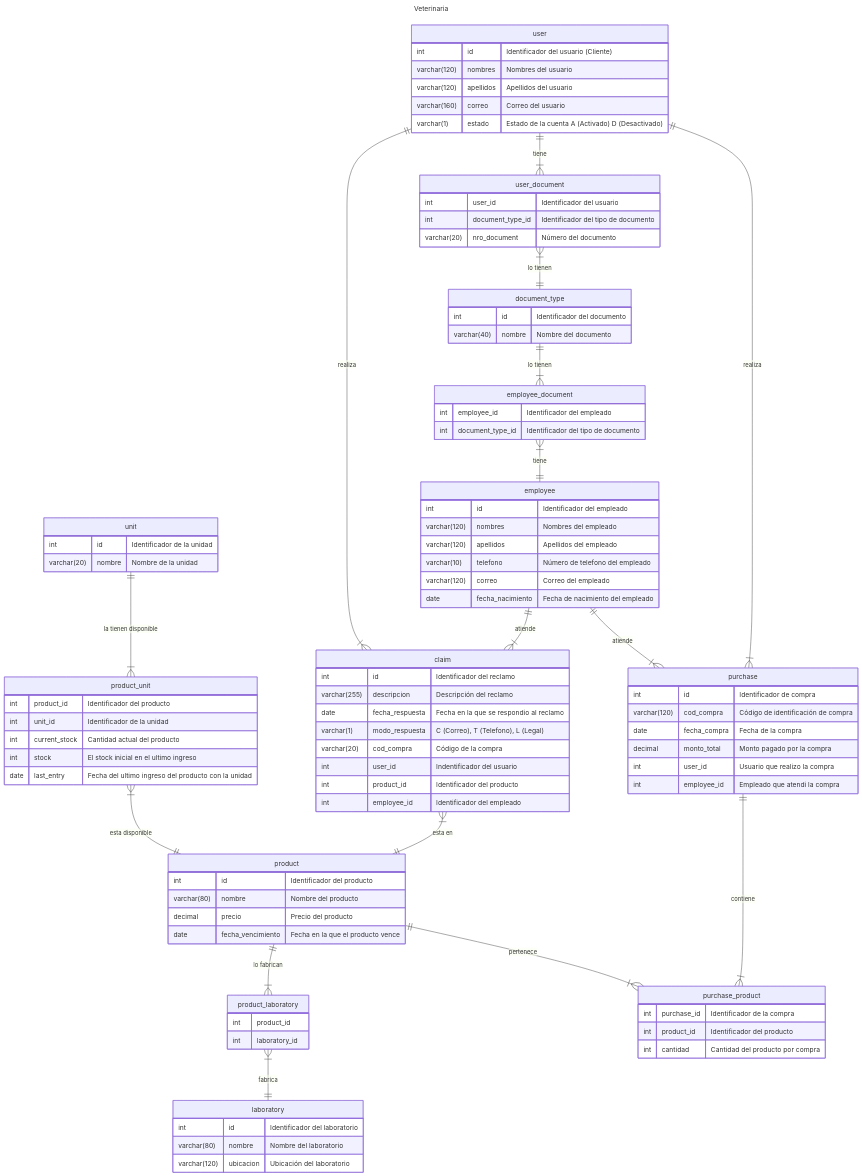
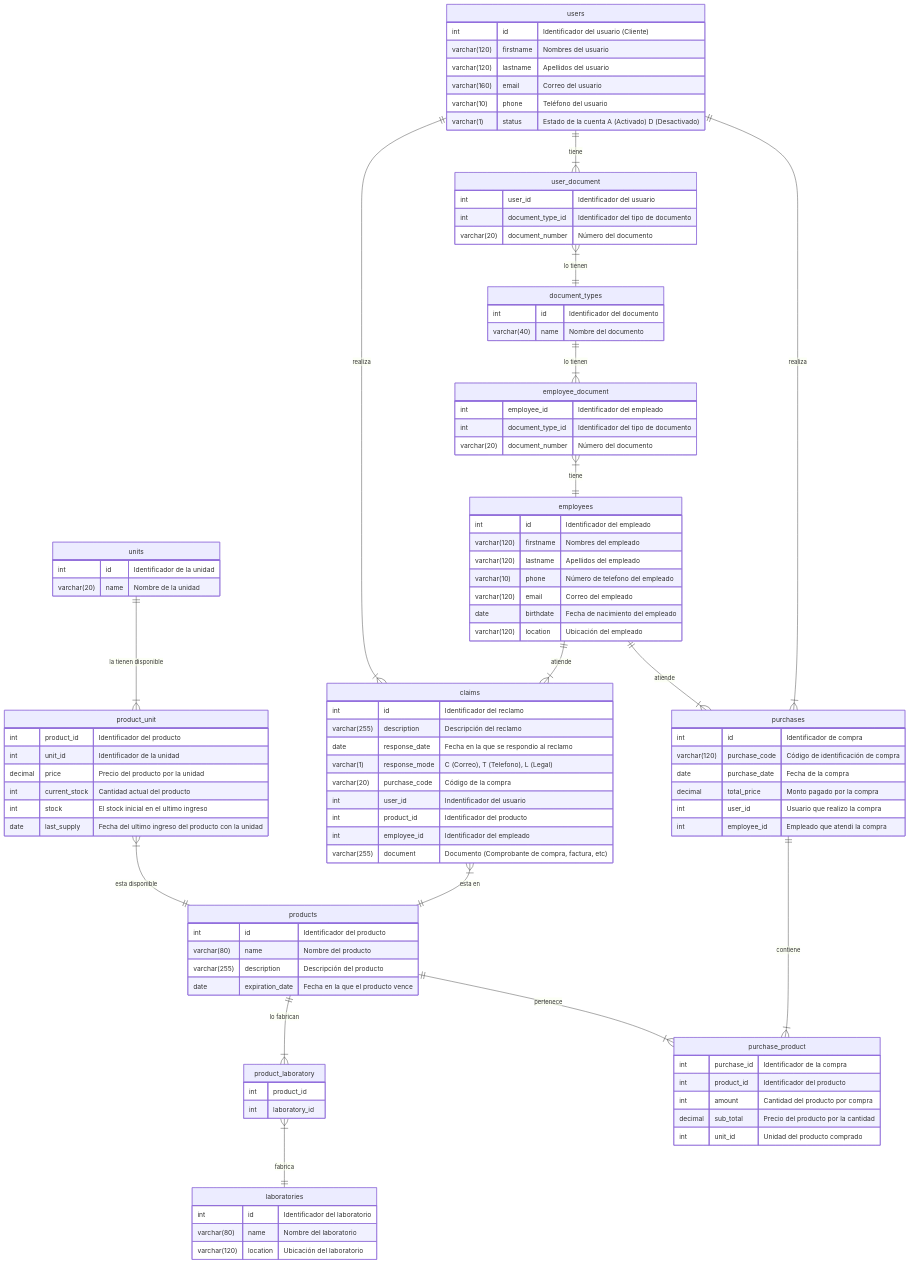
One commit to ivanbarboz/veterinaria changed the diagram in README.md. Above: the diagram before and after it, drawn with Mermaid.

Commit message:
docs: Actualización de README

````diff
--- a/README.md
+++ b/README.md
@@ -45,32 +45,30 @@
 ```mermaid
----
-title: Veterinaria
----
 erDiagram
-    unit {
+    units {
         int id "Identificador de la unidad"
-        varchar(20) nombre "Nombre de la unidad"
+        varchar(20) name "Nombre de la unidad"
     }
 
-    product {
+    products {
         int id "Identificador del producto"
-        varchar(80) nombre "Nombre del producto"
-        decimal precio "Precio del producto"
-        date fecha_vencimiento "Fecha en la que el producto vence"
+        varchar(80) name "Nombre del producto"
+        varchar(255) description "Descripción del producto"
+        date expiration_date "Fecha en la que el producto vence"
     }
 
     product_unit {
         int product_id "Identificador del producto"
         int unit_id "Identificador de la unidad"
+        decimal price "Precio del producto por la unidad"
         int current_stock "Cantidad actual del producto"
         int stock "El stock inicial en el ultimo ingreso"
-        date last_entry "Fecha del ultimo ingreso del producto con la unidad"
+        date last_supply "Fecha del ultimo ingreso del producto con la unidad"
     }
 
-    laboratory {
+    laboratories {
         int id "Identificador del laboratorio"
-        varchar(80) nombre "Nombre del laboratorio"
-        varchar(120) ubicacion "Ubicación del laboratorio"
+        varchar(80) name "Nombre del laboratorio"
+        varchar(120) location "Ubicación del laboratorio"
     }
 
     product_laboratory {
@@ -78,44 +76,47 @@
         int laboratory_id
     }
 
-    document_type {
+    document_types {
         int id "Identificador del documento"
-        varchar(40) nombre "Nombre del documento"
+        varchar(40) name "Nombre del documento"
     }
 
     user_document {
         int user_id "Identificador del usuario"
         int document_type_id "Identificador del tipo de documento"
-        varchar(20) nro_document "Número del documento"
+        varchar(20) document_number "Número del documento"
     }
 
-    user {
+    users {
         int id "Identificador del usuario (Cliente)"
-        varchar(120) nombres "Nombres del usuario"
-        varchar(120) apellidos "Apellidos del usuario"
-        varchar(160) correo "Correo del usuario"
-        varchar(1) estado "Estado de la cuenta A (Activado) D (Desactivado)"
+        varchar(120) firstname "Nombres del usuario"
+        varchar(120) lastname "Apellidos del usuario"
+        varchar(160) email "Correo del usuario"
+        varchar(10) phone "Teléfono del usuario"
+        varchar(1) status "Estado de la cuenta A (Activado) D (Desactivado)"
     }
 
-    employee {
+    employees {
         int id "Identificador del empleado"
-        varchar(120) nombres "Nombres del empleado"
-        varchar(120) apellidos "Apellidos del empleado"
-        varchar(10) telefono "Número de telefono del empleado"
-        varchar(120) correo "Correo del empleado"
-        date fecha_nacimiento "Fecha de nacimiento del empleado" 
+        varchar(120) firstname "Nombres del empleado"
+        varchar(120) lastname "Apellidos del empleado"
+        varchar(10) phone "Número de telefono del empleado"
+        varchar(120) email "Correo del empleado"
+        date birthdate "Fecha de nacimiento del empleado"
+        varchar(120) location "Ubicación del empleado" 
     }
 
     employee_document {
         int employee_id "Identificador del empleado"
         int document_type_id "Identificador del tipo de documento"
+        varchar(20) document_number "Número del documento"
     }
 
-    purchase {
+    purchases {
         int id "Identificador de compra"
-        varchar(120) cod_compra "Código de identificación de compra"
-        date fecha_compra "Fecha de la compra"
-        decimal monto_total "Monto pagado por la compra"
+        varchar(120) purchase_code "Código de identificación de compra"
+        date purchase_date "Fecha de la compra"
+        decimal total_price "Monto pagado por la compra"
         int user_id "Usuario que realizo la compra"
         int employee_id "Empleado que atendi la compra"
     }
@@ -123,37 +124,40 @@
     purchase_product {
         int purchase_id "Identificador de la compra"
         int product_id "Identificador del producto"
-        int cantidad "Cantidad del producto por compra"
+        int amount "Cantidad del producto por compra"
+        decimal sub_total "Precio del producto por la cantidad"
+        int unit_id "Unidad del producto comprado"
     }
 
-    claim {
+    claims {
         int id "Identificador del reclamo"
-        varchar(255) descripcion "Descripción del reclamo"
-        date fecha_respuesta "Fecha en la que se respondio al reclamo"
-        varchar(1) modo_respuesta "C (Correo), T (Telefono), L (Legal)"
-        varchar(20) cod_compra "Código de la compra"
+        varchar(255) description "Descripción del reclamo"
+        date response_date "Fecha en la que se respondio al reclamo"
+        varchar(1) response_mode "C (Correo), T (Telefono), L (Legal)"
+        varchar(20) purchase_code "Código de la compra"
         int user_id "Indentificador del usuario"
         int product_id "Identificador del producto"
         int employee_id "Identificador del empleado"
+        varchar(255) document "Documento (Comprobante de compra, factura, etc)"
     }
 
-    product_laboratory }|--|| laboratory : "fabrica"
-    product ||--|{ product_laboratory : "lo fabrican"
-    product_unit }|--|| product : "esta disponible"
-    unit ||--|{ product_unit : "la tienen disponible"
+    product_laboratory }|--|| laboratories : "fabrica"
+    products ||--|{ product_laboratory : "lo fabrican"
+    product_unit }|--|| products : "esta disponible"
+    units ||--|{ product_unit : "la tienen disponible"
     
-    user ||--|{ user_document : "tiene"
-    user_document }|--|| document_type : "lo tienen"
+    users ||--|{ user_document : "tiene"
+    user_document }|--|| document_types : "lo tienen"
 
-    employee_document }|--|| employee : "tiene"
-    document_type ||--|{ employee_document : "lo tienen"
+    employee_document }|--|| employees : "tiene"
+    document_types ||--|{ employee_document : "lo tienen"
 
-    product ||--|{ purchase_product : "pertenece"
-    purchase ||--|{ purchase_product : "contiene"
-    employee ||--|{ purchase : "atiende"
-    user ||--|{ purchase : "realiza"
+    products ||--|{ purchase_product : "pertenece"
+    purchases ||--|{ purchase_product : "contiene"
+    employees ||--|{ purchases : "atiende"
+    users ||--|{ purchases : "realiza"
 
-    user ||--|{ claim : "realiza"
-    employee ||--|{ claim : "atiende"
-    claim }|--|| product : "esta en"
+    users ||--|{ claims : "realiza"
+    employees ||--|{ claims : "atiende"
+    claims }|--|| products : "esta en"
 ```
````
